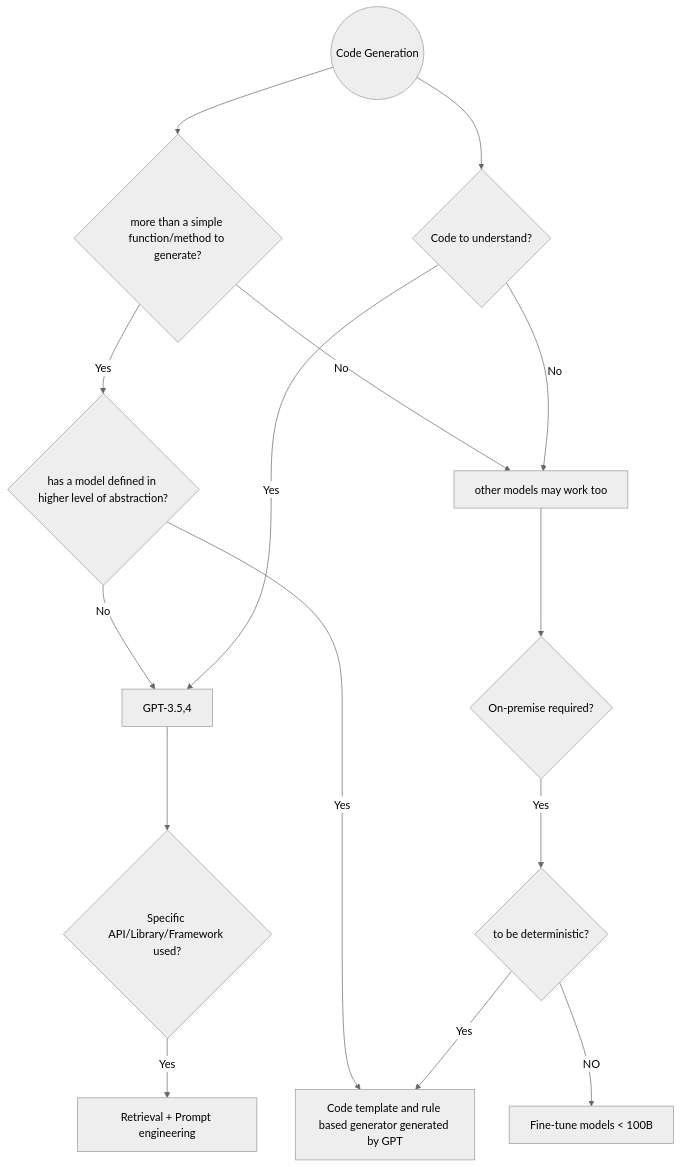
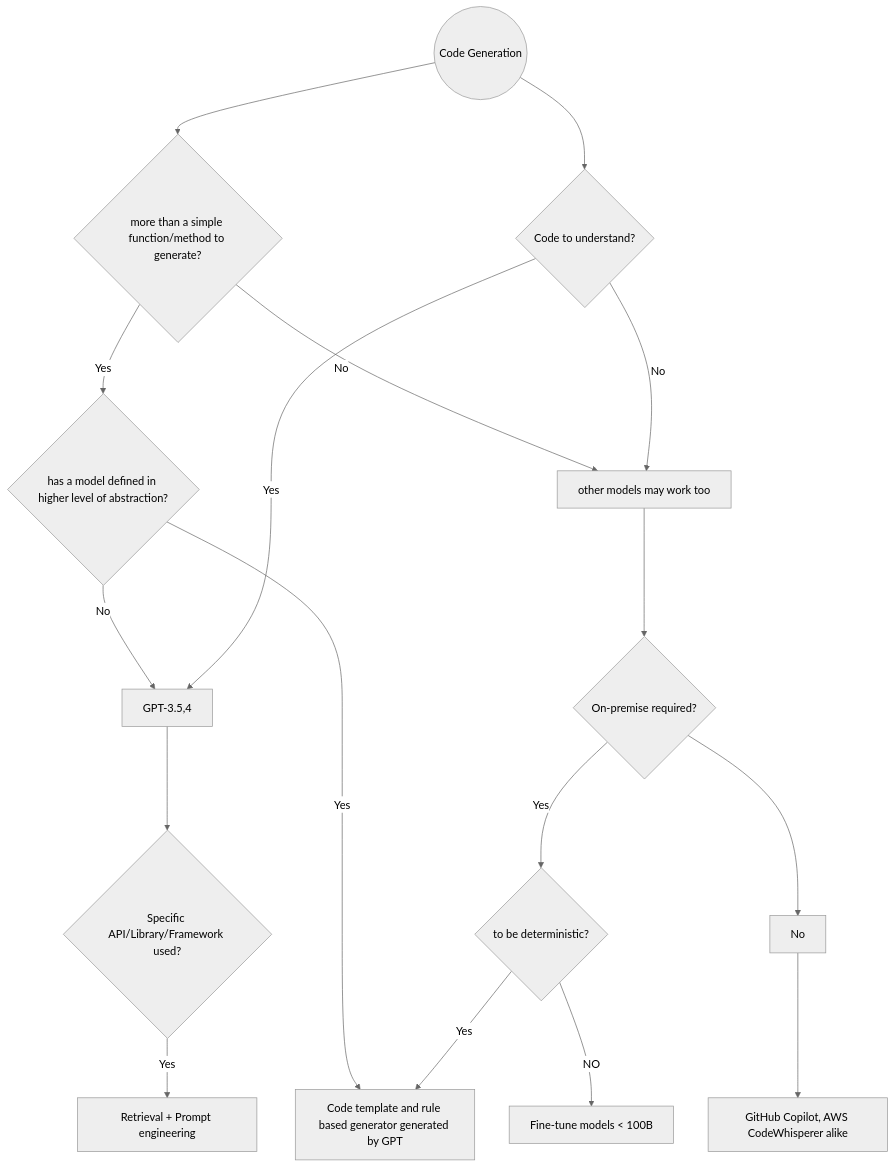
The diagram in Code-LLM-alternatives.md (AI-LLM/ai-llm.github.io), drawn with Mermaid (neutral theme) before and after one commit.

````diff
--- a/Code-LLM-alternatives.md
+++ b/Code-LLM-alternatives.md
@@ -420,17 +420,18 @@
 ```mermaid
 graph TD;
     S((Code Generation))-->Q1{more than a simple function/method to generate?};
     S-->Q2{Code to understand?};
     Q1 -- Yes --> Q1a{has a model defined in higher level of abstraction?}
     Q1a -- No --> P1[GPT-3.5,4];
     Q1a -- Yes --> P21
     Q1 -- No -->P2[other models may work too];
     Q2 -- Yes -->P1[GPT-3.5,4];
     Q2 -- No -->P2;
     P1 --> Q3{Specific API/Library/Framework used?};
     Q3 -- Yes -->P11[Retrieval + Prompt engineering];
     P2 --> Q4{On-premise required?};
     Q4 -- Yes --> Q5{to be deterministic?};
+    Q4 --> No --> P23[GitHub Copilot, AWS CodeWhisperer alike]
     Q5 -- Yes --> P21[Code template and rule based generator generated by GPT]
     Q5 -- NO --> P22[Fine-tune models < 100B]
 ```
````
